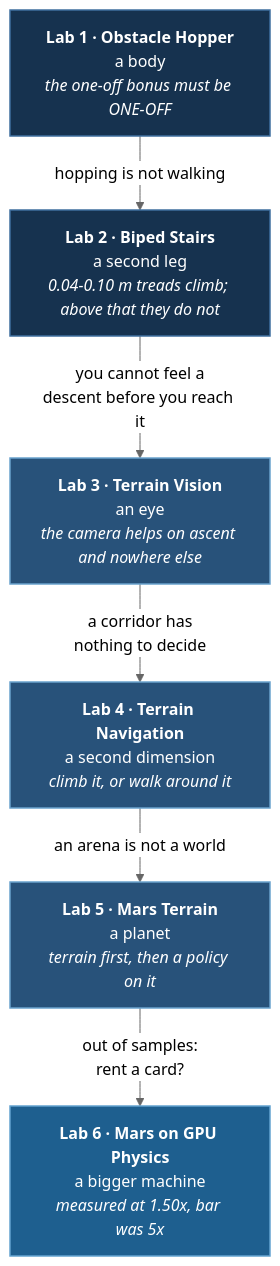
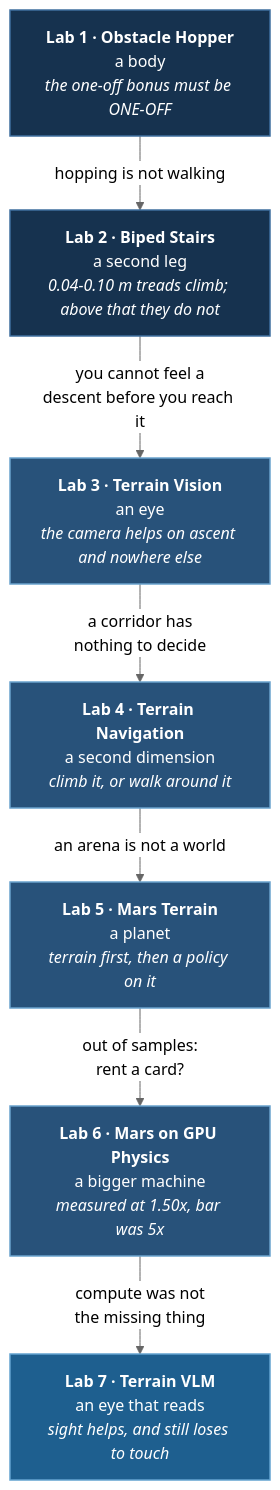
The first of 2 diagrams in docusaurus-docs/docs/tutorials/physical/overview.md (yiqiao-yin/deepspeed-course), drawn with Mermaid (neutral theme) before and after one commit. The commit also changed other lines of this file and 26 other files, not shown here.

First line of the commit message:
Lab 7: Terrain VLM — sight helps, and still loses to touch (#95)

````diff
--- a/docusaurus-docs/docs/tutorials/physical/overview.md
+++ b/docusaurus-docs/docs/tutorials/physical/overview.md
@@ -26,26 +29,28 @@
 ```mermaid
 flowchart TB
   L1["<b>Lab 1 · Obstacle Hopper</b><br/>a body<br/><i>the one-off bonus must be ONE-OFF</i>"]
   L2["<b>Lab 2 · Biped Stairs</b><br/>a second leg<br/><i>0.04-0.10 m treads climb; above that they do not</i>"]
   L3["<b>Lab 3 · Terrain Vision</b><br/>an eye<br/><i>the camera helps on ascent and nowhere else</i>"]
   L4["<b>Lab 4 · Terrain Navigation</b><br/>a second dimension<br/><i>climb it, or walk around it</i>"]
   L5["<b>Lab 5 · Mars Terrain</b><br/>a planet<br/><i>terrain first, then a policy on it</i>"]
   L6["<b>Lab 6 · Mars on GPU Physics</b><br/>a bigger machine<br/><i>measured at 1.50x, bar was 5x</i>"]
+  L7["<b>Lab 7 · Terrain VLM</b><br/>an eye that reads<br/><i>sight helps, and still loses to touch</i>"]
 
   L1 -->|"hopping is not walking"| L2
   L2 -->|"you cannot feel a<br/>descent before you reach it"| L3
   L3 -->|"a corridor has<br/>nothing to decide"| L4
   L4 -->|"an arena is not a world"| L5
   L5 -->|"out of samples:<br/>rent a card?"| L6
+  L6 -->|"compute was not<br/>the missing thing"| L7
 
   classDef deep   fill:#08182a,stroke:#2d5a86,stroke-width:1.5px,color:#ffffff
   classDef dark   fill:#0a1f33,stroke:#2d5a86,stroke-width:1.5px,color:#ffffff
   classDef base   fill:#16324f,stroke:#3f6f9f,stroke-width:1.5px,color:#ffffff
   classDef bright fill:#1e5f8f,stroke:#63a3d0,stroke-width:1.5px,color:#ffffff
   classDef steel  fill:#28527a,stroke:#6aa2cd,stroke-width:1.5px,color:#ffffff
 
   class L1,L2 base
   class L3,L4 steel
-  class L5 steel
-  class L6 bright
+  class L5,L6 steel
+  class L7 bright
 ```
````
